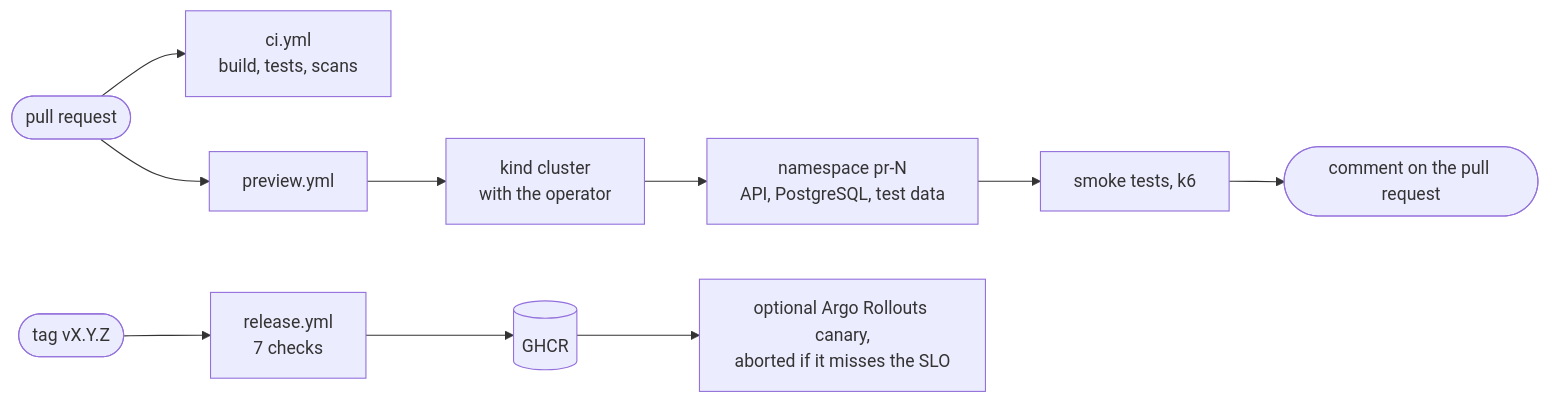
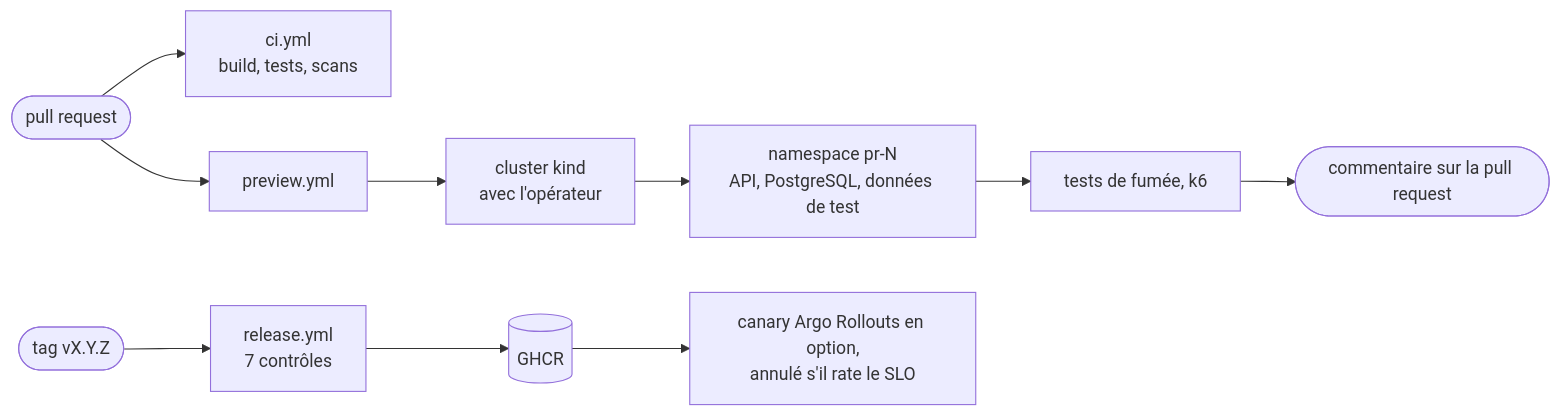
The diagram in README.md (remi-maigrot/dotnet-preview-platform), drawn with Mermaid before and after one commit. The commit also changed other lines of this file and 1 other file, not shown here.

````diff
--- a/README.md
+++ b/README.md
@@ -61,12 +64,12 @@
 ```mermaid
 flowchart LR
   pr([pull request]) --> ci[ci.yml<br/>build, tests, scans]
   pr --> pv[preview.yml]
-  pv --> kind[kind cluster<br/>with the operator]
-  kind --> env[namespace pr-N<br/>API, PostgreSQL, test data]
-  env --> checks[smoke tests, k6]
-  checks --> comment([comment on the pull request])
-  tag([tag vX.Y.Z]) --> rel[release.yml<br/>7 checks]
+  pv --> kind[cluster kind<br/>avec l'opérateur]
+  kind --> env[namespace pr-N<br/>API, PostgreSQL, données de test]
+  env --> checks[tests de fumée, k6]
+  checks --> comment([commentaire sur la pull request])
+  tag([tag vX.Y.Z]) --> rel[release.yml<br/>7 contrôles]
   rel --> ghcr[(GHCR)]
-  ghcr --> canary[optional Argo Rollouts canary,<br/>aborted if it misses the SLO]
+  ghcr --> canary[canary Argo Rollouts en option,<br/>annulé s'il rate le SLO]
 ```
````
